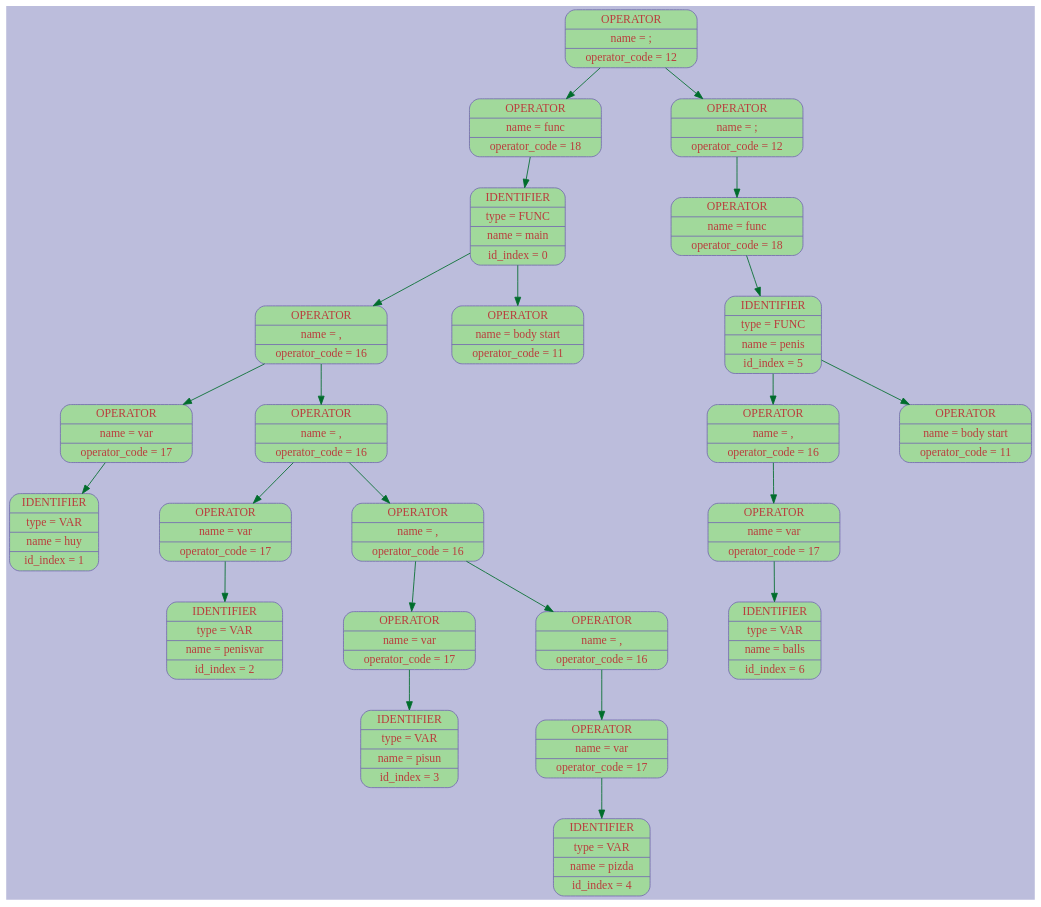
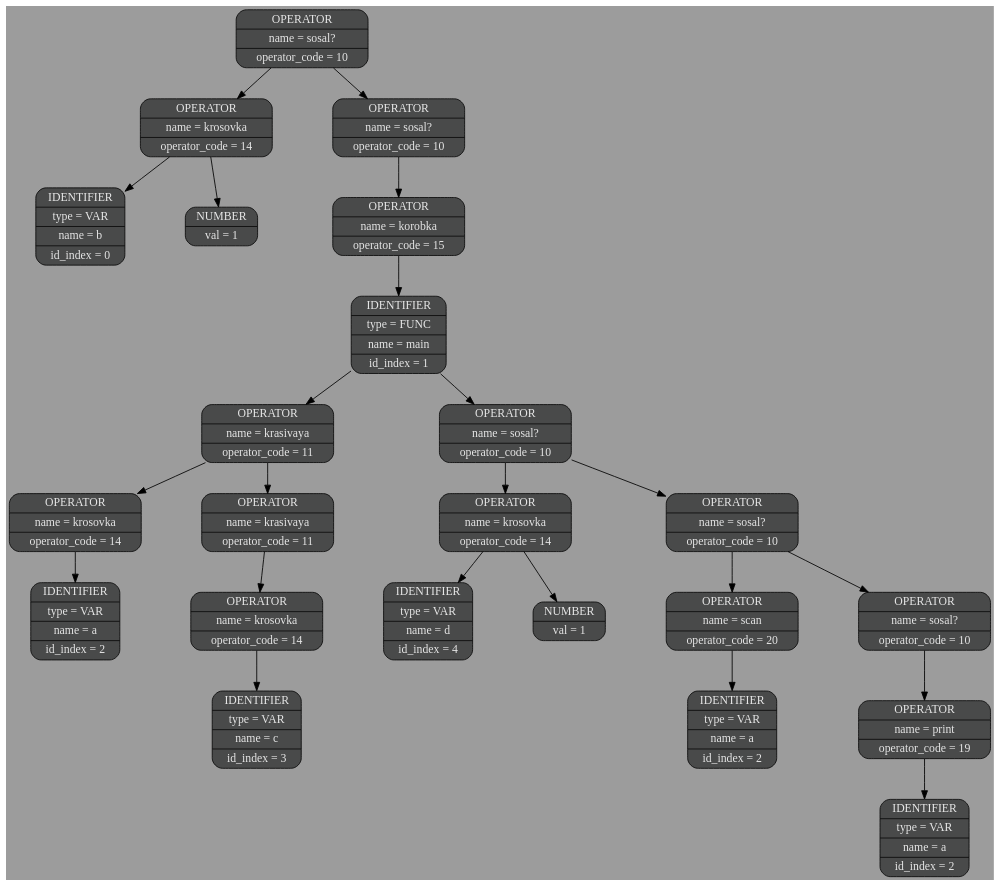
One commit to sevaphasol/language changed the diagram in frontend/logs/dot_files/001.dot. Above: the diagram before and after it, drawn with Graphviz. The commit also changed 12 other files, not shown here.

```diff
--- a/frontend/logs/dot_files/001.dot
+++ b/frontend/logs/dot_files/001.dot
@@ -1,31 +1,31 @@
 digraph G{
 nodesep=1;
 ranksep=0.5;
 rankdir=HR;
-node[style=filled, color="#756bb1", fillcolor="#a1d99b",fontcolor="#ba3d3d", fontsize=14];
-edge[color="#006d2c", fontsize=12, penwidth=1, fontcolor = "#49006a"];
-bgcolor="#bcbddc";
-elem0x7b473ec00010[shape="Mrecord", label= "{OPERATOR | name = ; | operator_code = 12}"];
-elem0x7b473ec00010->elem0x7b473ec00038;elem0x7b473ec00038[shape="Mrecord", label= "{OPERATOR | name = func | operator_code = 18}"];
-elem0x7b473ec00038->elem0x7b473ec00060;elem0x7b473ec00060[shape="Mrecord", label= "{IDENTIFIER | type = FUNC | name = main | id_index = 0}"];
-elem0x7b473ec00060->elem0x7b473ec00470;elem0x7b473ec00470[shape="Mrecord", label= "{OPERATOR | name = , | operator_code = 16}"];
-elem0x7b473ec00470->elem0x7b473ec000b0;elem0x7b473ec000b0[shape="Mrecord", label= "{OPERATOR | name = var | operator_code = 17}"];
-elem0x7b473ec000b0->elem0x7b473ec000d8;elem0x7b473ec000d8[shape="Mrecord", label= "{IDENTIFIER | type = VAR | name = huy | id_index = 1}"];
-elem0x7b473ec00470->elem0x7b473ec00100;elem0x7b473ec00100[shape="Mrecord", label= "{OPERATOR | name = , | operator_code = 16}"];
-elem0x7b473ec00100->elem0x7b473ec00128;elem0x7b473ec00128[shape="Mrecord", label= "{OPERATOR | name = var | operator_code = 17}"];
-elem0x7b473ec00128->elem0x7b473ec00150;elem0x7b473ec00150[shape="Mrecord", label= "{IDENTIFIER | type = VAR | name = penisvar | id_index = 2}"];
-elem0x7b473ec00100->elem0x7b473ec00178;elem0x7b473ec00178[shape="Mrecord", label= "{OPERATOR | name = , | operator_code = 16}"];
-elem0x7b473ec00178->elem0x7b473ec001a0;elem0x7b473ec001a0[shape="Mrecord", label= "{OPERATOR | name = var | operator_code = 17}"];
-elem0x7b473ec001a0->elem0x7b473ec001c8;elem0x7b473ec001c8[shape="Mrecord", label= "{IDENTIFIER | type = VAR | name = pisun | id_index = 3}"];
-elem0x7b473ec00178->elem0x7b473ec001f0;elem0x7b473ec001f0[shape="Mrecord", label= "{OPERATOR | name = , | operator_code = 16}"];
-elem0x7b473ec001f0->elem0x7b473ec00218;elem0x7b473ec00218[shape="Mrecord", label= "{OPERATOR | name = var | operator_code = 17}"];
-elem0x7b473ec00218->elem0x7b473ec00240;elem0x7b473ec00240[shape="Mrecord", label= "{IDENTIFIER | type = VAR | name = pizda | id_index = 4}"];
-elem0x7b473ec00060->elem0x7b473ec002b8;elem0x7b473ec002b8[shape="Mrecord", label= "{OPERATOR | name = body start | operator_code = 11}"];
-elem0x7b473ec00010->elem0x7b473ec002e0;elem0x7b473ec002e0[shape="Mrecord", label= "{OPERATOR | name = ; | operator_code = 12}"];
-elem0x7b473ec002e0->elem0x7b473ec00308;elem0x7b473ec00308[shape="Mrecord", label= "{OPERATOR | name = func | operator_code = 18}"];
-elem0x7b473ec00308->elem0x7b473ec00330;elem0x7b473ec00330[shape="Mrecord", label= "{IDENTIFIER | type = FUNC | name = penis | id_index = 5}"];
-elem0x7b473ec00330->elem0x7b473ec00498;elem0x7b473ec00498[shape="Mrecord", label= "{OPERATOR | name = , | operator_code = 16}"];
-elem0x7b473ec00498->elem0x7b473ec00380;elem0x7b473ec00380[shape="Mrecord", label= "{OPERATOR | name = var | operator_code = 17}"];
-elem0x7b473ec00380->elem0x7b473ec003a8;elem0x7b473ec003a8[shape="Mrecord", label= "{IDENTIFIER | type = VAR | name = balls | id_index = 6}"];
-elem0x7b473ec00330->elem0x7b473ec00420;elem0x7b473ec00420[shape="Mrecord", label= "{OPERATOR | name = body start | operator_code = 11}"];
+node[style=filled, color="#0a0a0a", fillcolor="#494a4a",fontcolor="#e6e6e6", fontsize=14];
+edge[color="#000000", fontsize=12, penwidth=1, fontcolor = "#49006a"];
+bgcolor="#9c9c9c";
+elem0x7ccb59000010[shape="Mrecord", label= "{OPERATOR | name = sosal? | operator_code = 10}"];
+elem0x7ccb59000010->elem0x7ccb59000038;elem0x7ccb59000038[shape="Mrecord", label= "{OPERATOR | name = krosovka | operator_code = 14}"];
+elem0x7ccb59000038->elem0x7ccb59000060;elem0x7ccb59000060[shape="Mrecord", label= "{IDENTIFIER | type = VAR | name = b | id_index = 0}"];
+elem0x7ccb59000038->elem0x7ccb590000b0;elem0x7ccb590000b0[shape="Mrecord", label= "{NUMBER | val = 1}"];
+elem0x7ccb59000010->elem0x7ccb590000d8;elem0x7ccb590000d8[shape="Mrecord", label= "{OPERATOR | name = sosal? | operator_code = 10}"];
+elem0x7ccb590000d8->elem0x7ccb59000100;elem0x7ccb59000100[shape="Mrecord", label= "{OPERATOR | name = korobka | operator_code = 15}"];
+elem0x7ccb59000100->elem0x7ccb59000128;elem0x7ccb59000128[shape="Mrecord", label= "{IDENTIFIER | type = FUNC | name = main | id_index = 1}"];
+elem0x7ccb59000128->elem0x7ccb59000178;elem0x7ccb59000178[shape="Mrecord", label= "{OPERATOR | name = krasivaya | operator_code = 11}"];
+elem0x7ccb59000178->elem0x7ccb590001a0;elem0x7ccb590001a0[shape="Mrecord", label= "{OPERATOR | name = krosovka | operator_code = 14}"];
+elem0x7ccb590001a0->elem0x7ccb590001c8;elem0x7ccb590001c8[shape="Mrecord", label= "{IDENTIFIER | type = VAR | name = a | id_index = 2}"];
+elem0x7ccb59000178->elem0x7ccb590001f0;elem0x7ccb590001f0[shape="Mrecord", label= "{OPERATOR | name = krasivaya | operator_code = 11}"];
+elem0x7ccb590001f0->elem0x7ccb59000218;elem0x7ccb59000218[shape="Mrecord", label= "{OPERATOR | name = krosovka | operator_code = 14}"];
+elem0x7ccb59000218->elem0x7ccb59000240;elem0x7ccb59000240[shape="Mrecord", label= "{IDENTIFIER | type = VAR | name = c | id_index = 3}"];
+elem0x7ccb59000128->elem0x7ccb590002b8;elem0x7ccb590002b8[shape="Mrecord", label= "{OPERATOR | name = sosal? | operator_code = 10}"];
+elem0x7ccb590002b8->elem0x7ccb590002e0;elem0x7ccb590002e0[shape="Mrecord", label= "{OPERATOR | name = krosovka | operator_code = 14}"];
+elem0x7ccb590002e0->elem0x7ccb59000308;elem0x7ccb59000308[shape="Mrecord", label= "{IDENTIFIER | type = VAR | name = d | id_index = 4}"];
+elem0x7ccb590002e0->elem0x7ccb59000358;elem0x7ccb59000358[shape="Mrecord", label= "{NUMBER | val = 1}"];
+elem0x7ccb590002b8->elem0x7ccb59000380;elem0x7ccb59000380[shape="Mrecord", label= "{OPERATOR | name = sosal? | operator_code = 10}"];
+elem0x7ccb59000380->elem0x7ccb590003a8;elem0x7ccb590003a8[shape="Mrecord", label= "{OPERATOR | name = scan | operator_code = 20}"];
+elem0x7ccb590003a8->elem0x7ccb590003f8;elem0x7ccb590003f8[shape="Mrecord", label= "{IDENTIFIER | type = VAR | name = a | id_index = 2}"];
+elem0x7ccb59000380->elem0x7ccb59000448;elem0x7ccb59000448[shape="Mrecord", label= "{OPERATOR | name = sosal? | operator_code = 10}"];
+elem0x7ccb59000448->elem0x7ccb59000470;elem0x7ccb59000470[shape="Mrecord", label= "{OPERATOR | name = print | operator_code = 19}"];
+elem0x7ccb59000470->elem0x7ccb590004c0;elem0x7ccb590004c0[shape="Mrecord", label= "{IDENTIFIER | type = VAR | name = a | id_index = 2}"];
 }
```
